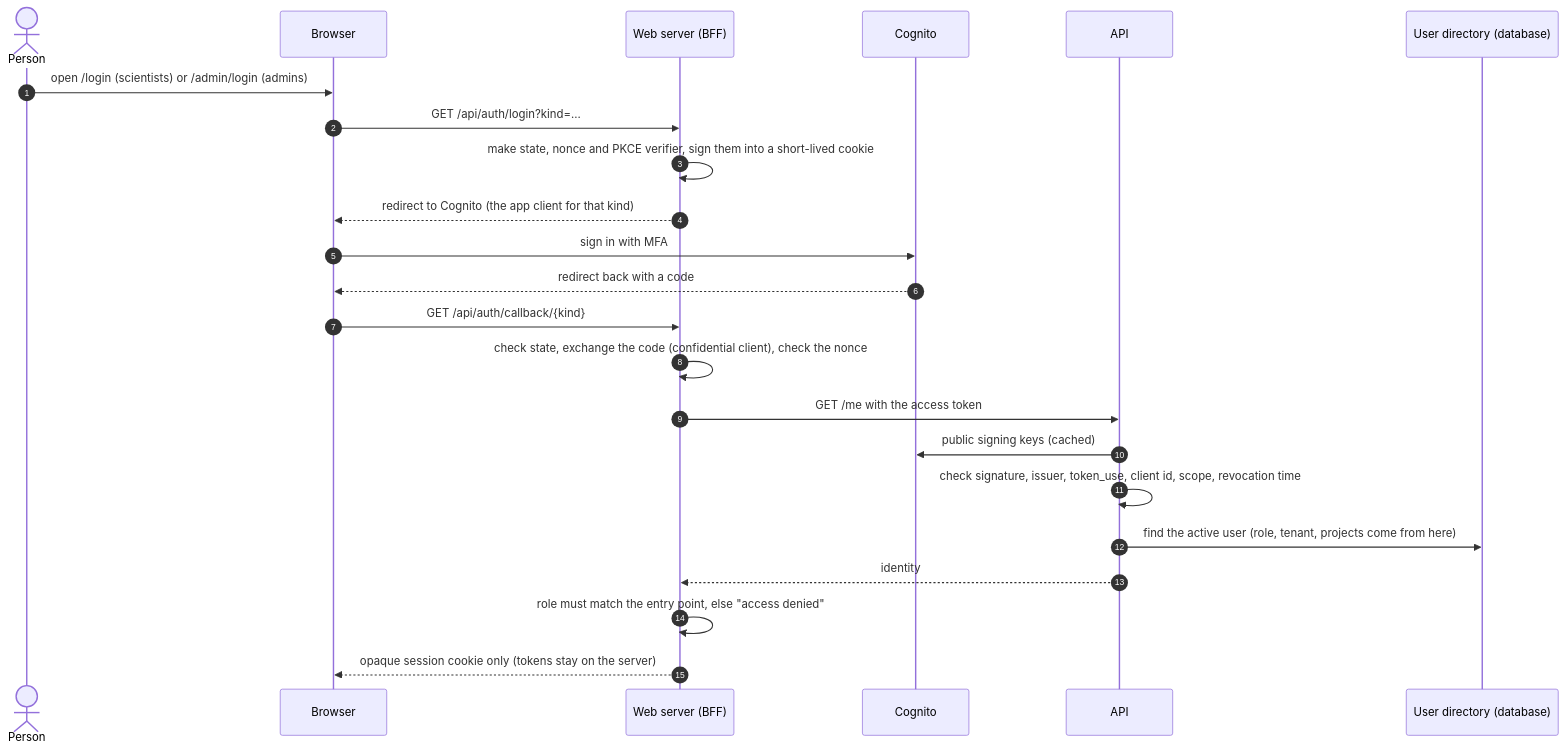
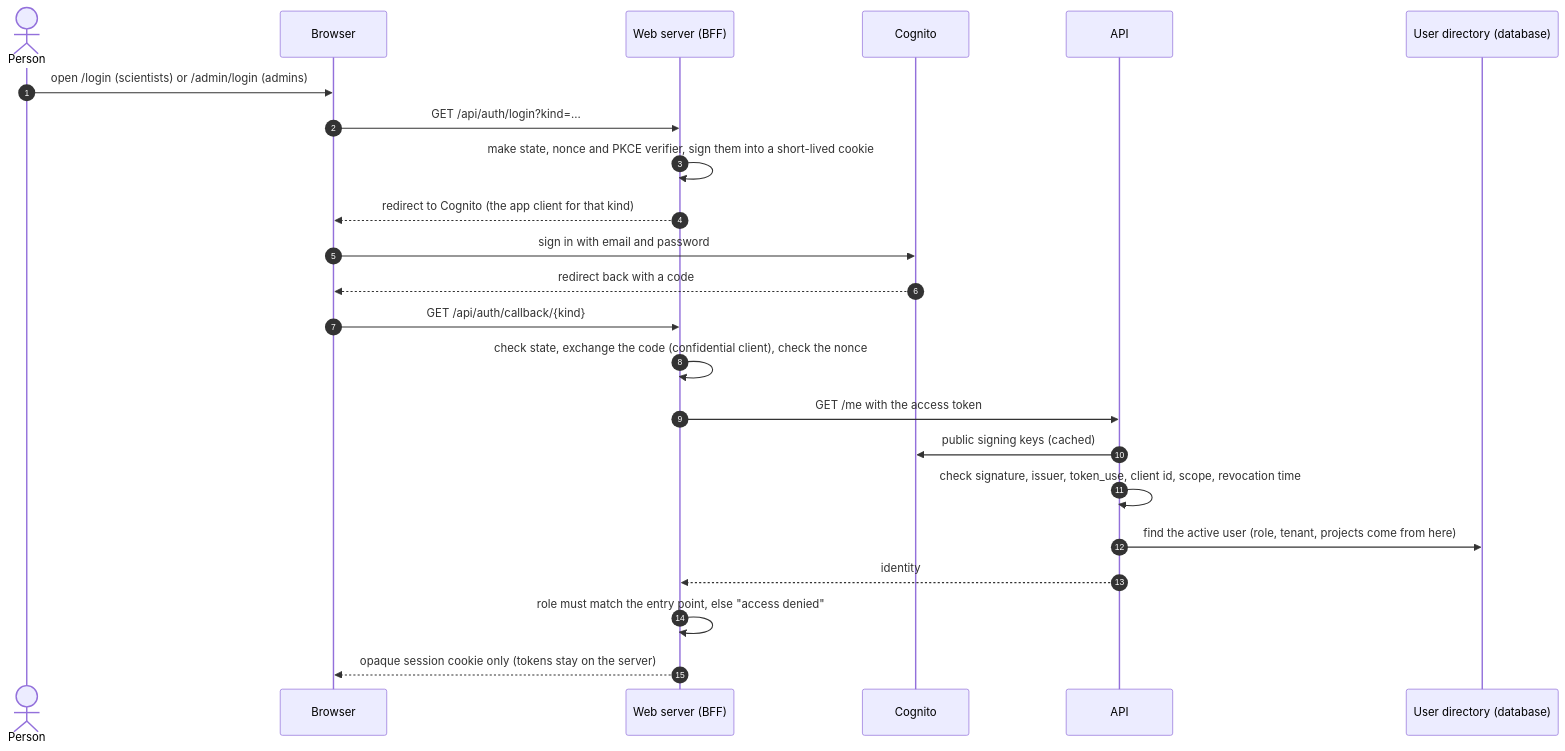
Before and after one commit to Tevaalgorithms/BioNexus-AI: the third of 6 diagrams in README.md, drawn with Mermaid. The commit also changed other lines of this file and 6 other files, not shown here.

Commit message:
Remove inaccurate MFA claims: the pool is invite-only with password sign-in (MFA is off)

````diff
--- a/README.md
+++ b/README.md
@@ -173,26 +173,26 @@
 ```mermaid
 sequenceDiagram
     autonumber
     actor U as Person
     participant B as Browser
     participant W as Web server (BFF)
     participant C as Cognito
     participant A as API
     participant D as User directory (database)
 
     U->>B: open /login (scientists) or /admin/login (admins)
     B->>W: GET /api/auth/login?kind=...
     W->>W: make state, nonce and PKCE verifier, sign them into a short-lived cookie
     W-->>B: redirect to Cognito (the app client for that kind)
-    B->>C: sign in with MFA
+    B->>C: sign in with email and password
     C-->>B: redirect back with a code
     B->>W: GET /api/auth/callback/{kind}
     W->>W: check state, exchange the code (confidential client), check the nonce
     W->>A: GET /me with the access token
     A->>C: public signing keys (cached)
     A->>A: check signature, issuer, token_use, client id, scope, revocation time
     A->>D: find the active user (role, tenant, projects come from here)
     A-->>W: identity
     W->>W: role must match the entry point, else "access denied"
     W-->>B: opaque session cookie only (tokens stay on the server)
 ```
````
